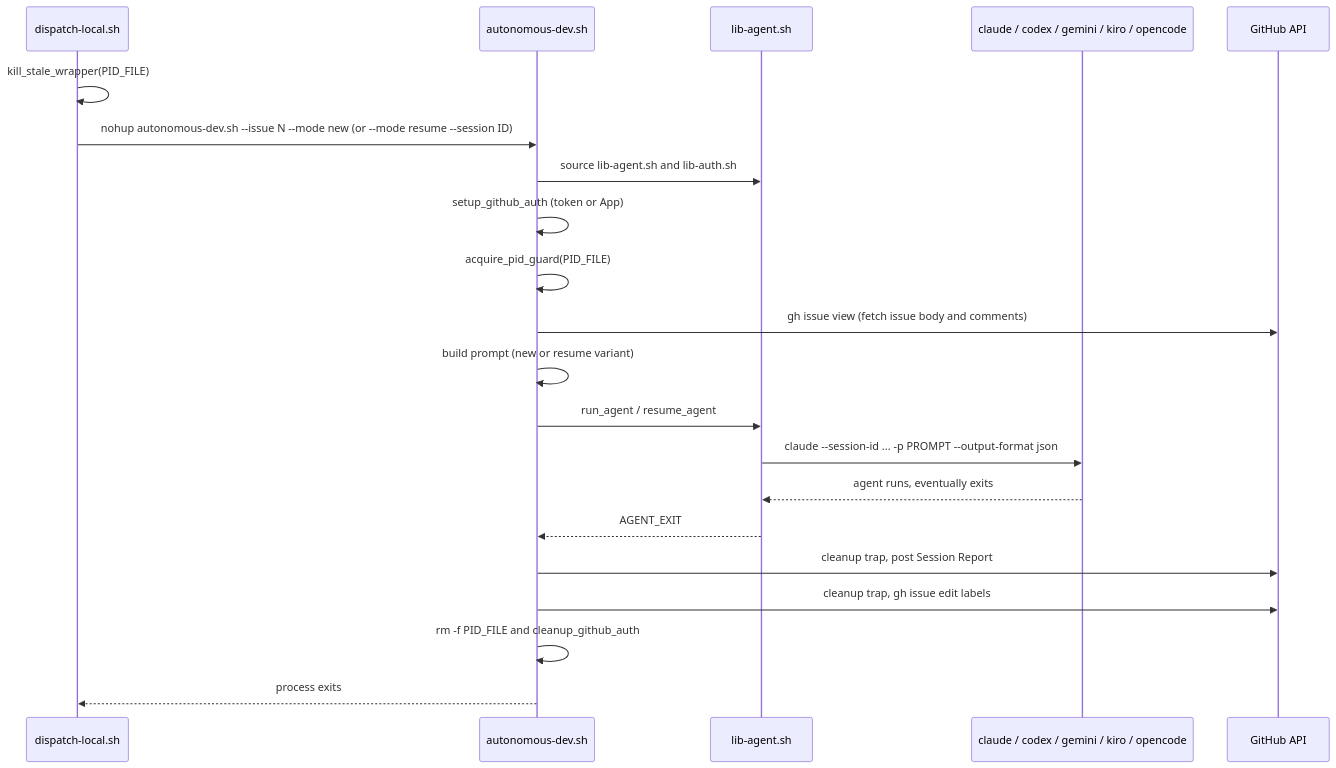
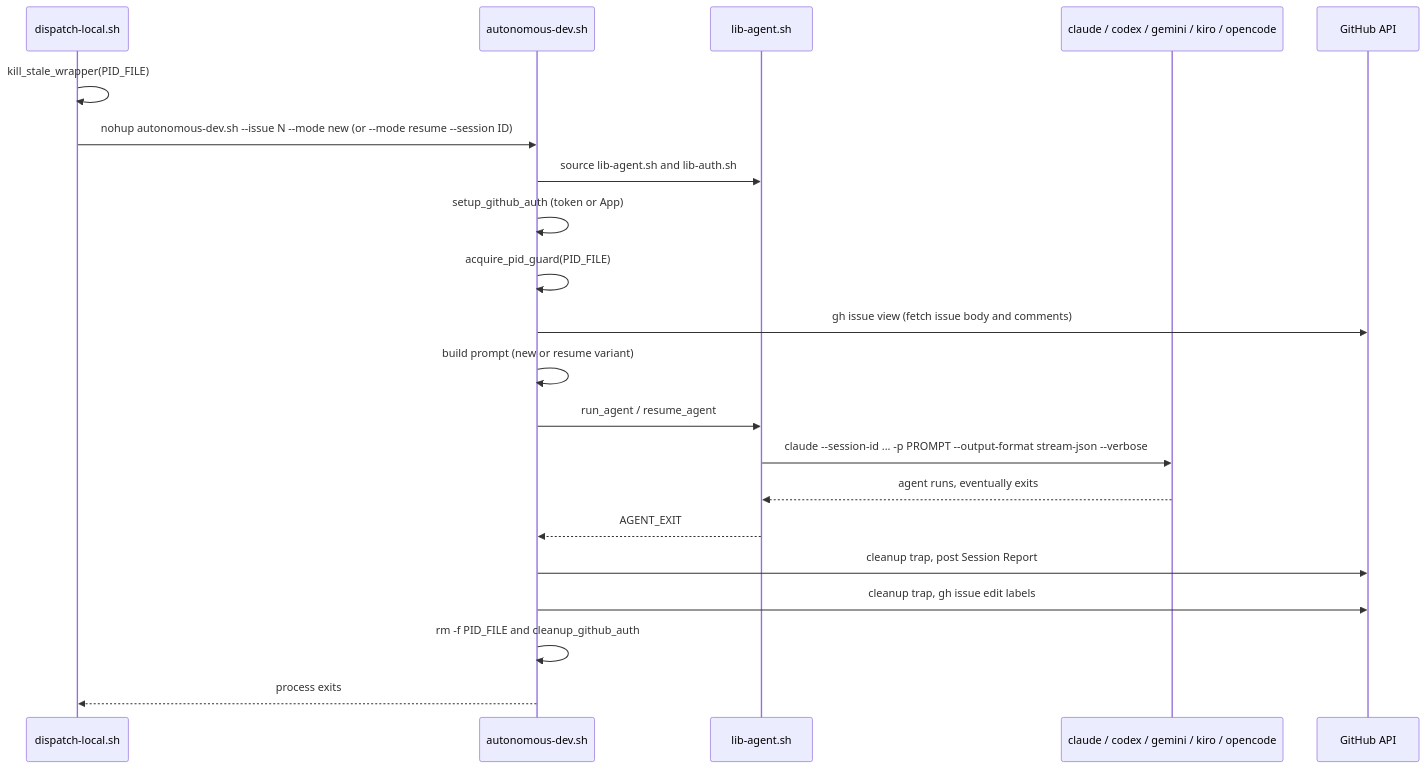
One commit to zxkane/autonomous-dev-team changed the first of 2 diagrams in docs/pipeline/dev-agent-flow.md. Above: the diagram before and after it, drawn with Mermaid. The commit also changed other lines of this file and 22 other files, not shown here.

````diff
--- a/docs/pipeline/dev-agent-flow.md
+++ b/docs/pipeline/dev-agent-flow.md
@@ -9,24 +9,24 @@
 ```mermaid
 sequenceDiagram
     participant D as dispatch-local.sh
     participant W as autonomous-dev.sh
     participant L as lib-agent.sh
     participant A as claude / codex / gemini / kiro / opencode
     participant GH as GitHub API
 
     D->>D: kill_stale_wrapper(PID_FILE)
     D->>W: nohup autonomous-dev.sh --issue N --mode new (or --mode resume --session ID)
     W->>L: source lib-agent.sh and lib-auth.sh
     W->>W: setup_github_auth (token or App)
     W->>W: acquire_pid_guard(PID_FILE)
     W->>GH: gh issue view (fetch issue body and comments)
     W->>W: build prompt (new or resume variant)
     W->>L: run_agent / resume_agent
-    L->>A: claude --session-id ... -p PROMPT --output-format json
+    L->>A: claude --session-id ... -p PROMPT --output-format stream-json --verbose
     A-->>L: agent runs, eventually exits
     L-->>W: AGENT_EXIT
     W->>GH: cleanup trap, post Session Report
     W->>GH: cleanup trap, gh issue edit labels
     W->>W: rm -f PID_FILE and cleanup_github_auth
     W-->>D: process exits
 ```
````
